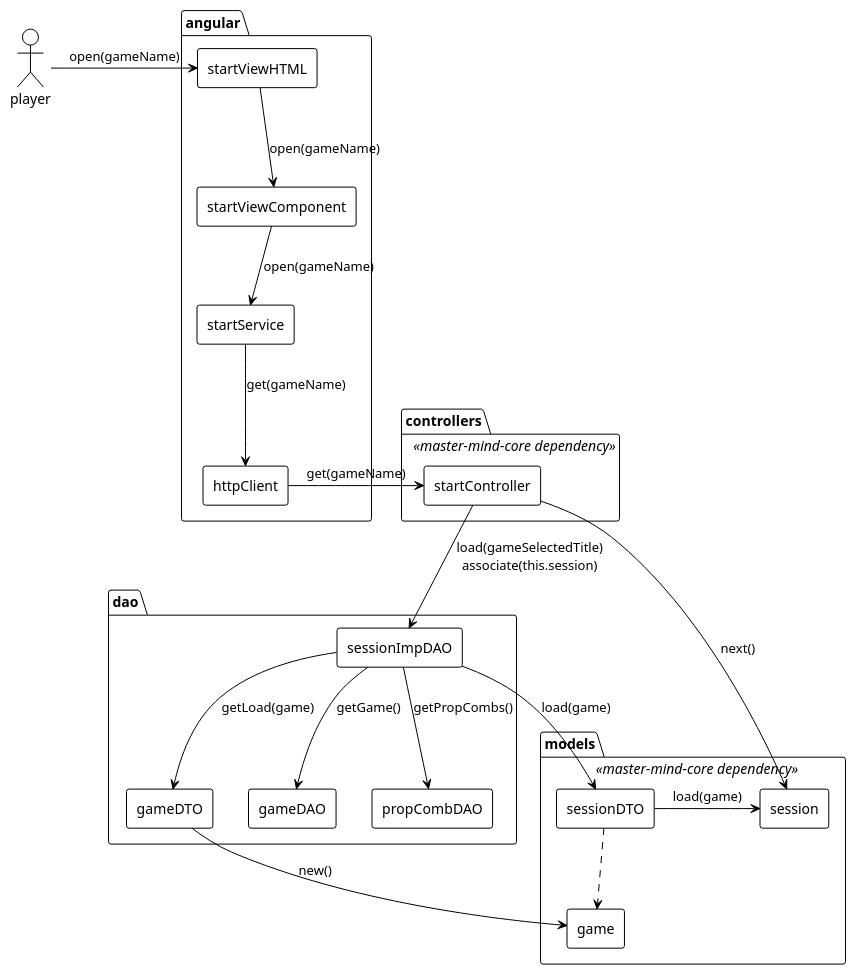
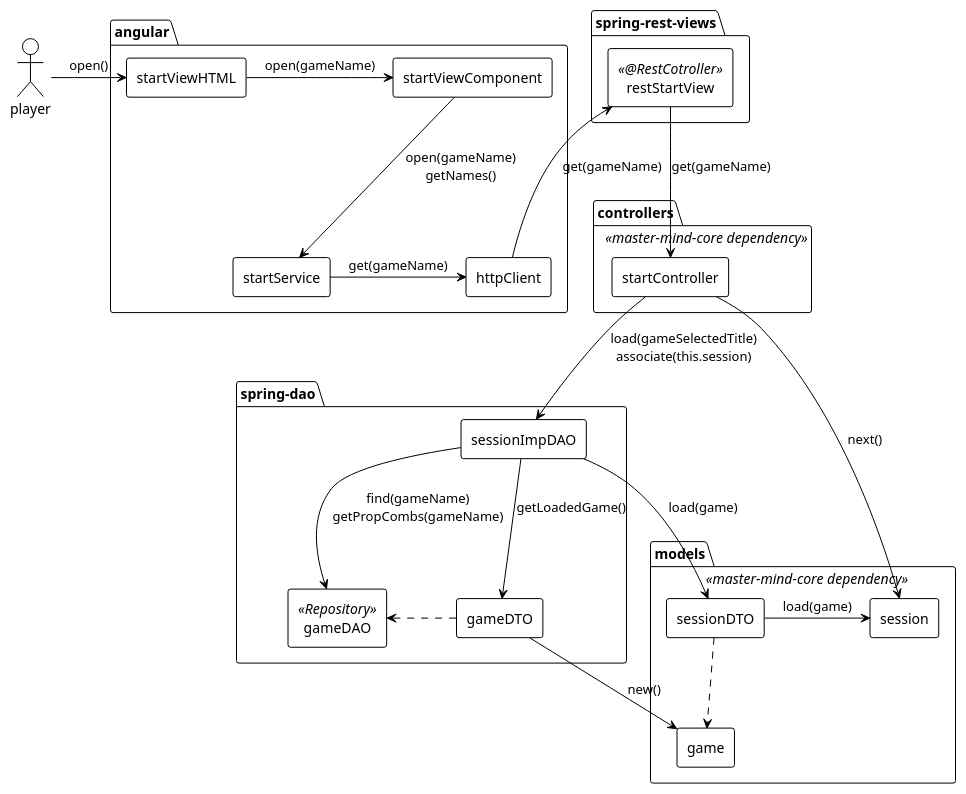
One commit to PacoMorando/master-mind-web changed the diagram in docs/colaboration_open/colaboration_open.plantuml. Above: the diagram before and after it, drawn with PlantUML. The commit also changed 3 other files, not shown here.

```diff
--- a/docs/colaboration_open/colaboration_open.plantuml
+++ b/docs/colaboration_open/colaboration_open.plantuml
@@ -1,49 +1,57 @@
 @startuml colaboration-open
 !theme plain
 
 actor player
 
 package angular {
     agent startViewHTML
     agent startViewComponent
     agent startService
     agent httpClient
 }
 
-player -right-> startViewHTML :open(gameName)
-startViewHTML --> startViewComponent :open(gameName)
-startViewComponent --> startService :open(gameName)
-startService --> httpClient :get(gameName)
-
 package controllers <<master-mind-core dependency>> {
     agent startController
 }
 
-httpClient -left-> startController :get(gameName)
+package spring-rest-views {
+    agent restStartView <<@RestCotroller>>
+}
 
-package dao {
+package spring-dao {
     agent sessionImpDAO
-    agent gameDAO
-    agent propCombDAO
+    agent gameDAO <<Repository>>
     agent gameDTO
 }
 
 package models <<master-mind-core dependency>>{
     agent session
     agent sessionDTO
     agent game
 }
 
+'angular
+player -right-> startViewHTML :open()
+startViewHTML -right-> startViewComponent :open(gameName)
+startViewComponent --> startService :open(gameName)\ngetNames()
+startService -right-> httpClient :get(gameName)
+
+httpClient -up-> restStartView :get(gameName)
+restStartView --> startController :get(gameName)
+
+'controllers
 startController --> session :next()
 startController --> sessionImpDAO :load(gameSelectedTitle)\nassociate(this.session)
-sessionImpDAO --> gameDAO :getGame()
-sessionImpDAO --> propCombDAO :getPropCombs()
+
+'springDAO
+sessionImpDAO --> gameDAO :find(gameName)\ngetPropCombs(gameName)
 sessionImpDAO --> sessionDTO :load(game)
-sessionImpDAO --> gameDTO :getLoad(game)
+sessionImpDAO --> gameDTO :getLoadedGame()
+gameDTO -right-> game :new()
+gameDTO .left.> gameDAO
 
-
-sessionDTO -right-> session :load(game) 
-sessionDTO ..> game 
-gameDTO -right-> game :new()
+'models
+sessionDTO -right-> session :load(game)
+sessionDTO ..> game
 
 @enduml
```
